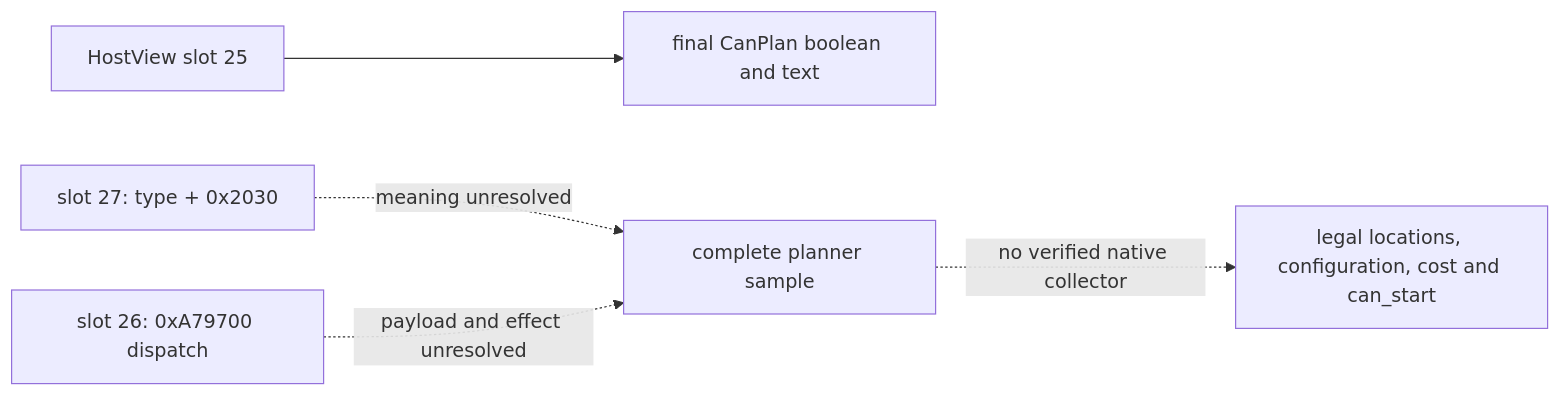
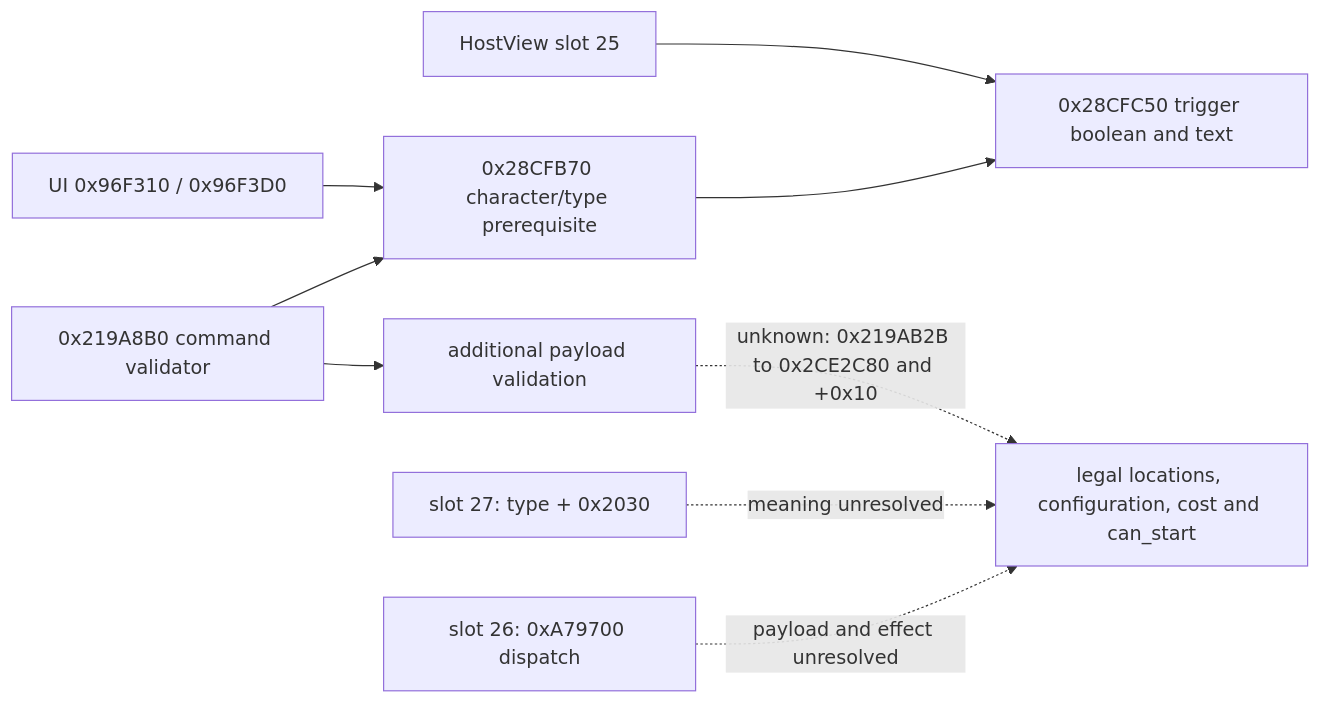
The diagram in docs/ck3-native-ai/activity-planning-semantic-seam-1.19.0.6.md (XenoAmess/ck3_eternal_recurrence), drawn with Mermaid before and after one commit. The commit also changed other lines of this file and 2 other files, not shown here.

Commit message:
NW-ACTIVITY-C106 Trace feast prerequisite versus command validation

````diff
--- a/docs/ck3-native-ai/activity-planning-semantic-seam-1.19.0.6.md
+++ b/docs/ck3-native-ai/activity-planning-semantic-seam-1.19.0.6.md
@@ -45,7 +70,11 @@
 ```mermaid
 flowchart LR
-    A[HostView slot 25] --> B[final CanPlan boolean and text]
-    C[slot 27: type + 0x2030] -. meaning unresolved .-> D[complete planner sample]
-    E[slot 26: 0xA79700 dispatch] -. payload and effect unresolved .-> D
-    D -. no verified native collector .-> F[legal locations, configuration, cost and can_start]
+    A[HostView slot 25] --> B[0x28CFC50 trigger boolean and text]
+    C[UI 0x96F310 / 0x96F3D0] --> P[0x28CFB70 character/type prerequisite]
+    V[0x219A8B0 command validator] --> P
+    P --> B
+    V --> Q[additional payload validation]
+    Q -. unknown: 0x219AB2B to 0x2CE2C80 and +0x10 .-> F[legal locations, configuration, cost and can_start]
+    D[slot 27: type + 0x2030] -. meaning unresolved .-> F
+    E[slot 26: 0xA79700 dispatch] -. payload and effect unresolved .-> F
 ```
````
